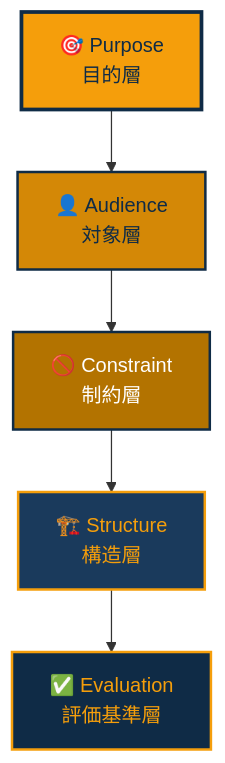
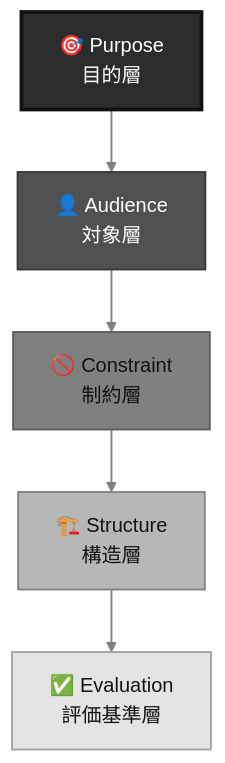
Before and after one commit to Leading-AI-IO/the-10-80-10-principle: the fifth of 11 diagrams in docs/jp/the_10_80_10_principle_JP.md, drawn with Mermaid. The commit also changed other lines of this file, not shown here.

````diff
--- a/docs/jp/the_10_80_10_principle_JP.md
+++ b/docs/jp/the_10_80_10_principle_JP.md
@@ -559,13 +569,15 @@
 ```mermaid
+%%{init: {'theme':'base','themeVariables':{'fontFamily':'Helvetica, Arial, sans-serif','lineColor':'#7f8082','primaryTextColor':'#111213','clusterBkg':'#fafafa','clusterBorder':'#b6b7b8','titleColor':'#363738','edgeLabelBackground':'#ffffff'}}}%%
 graph TB
     P["🎯 Purpose<br/>目的層"] --> Au["👤 Audience<br/>対象層"]
     Au --> Co["🚫 Constraint<br/>制約層"]
     Co --> St["🏗️ Structure<br/>構造層"]
     St --> Ev["✅ Evaluation<br/>評価基準層"]
 
-    style P fill:#f59e0b,stroke:#0f2b46,color:#0f2b46,stroke-width:3px
-    style Au fill:#d48806,stroke:#0f2b46,color:#0f2b46,stroke-width:2px
-    style Co fill:#b37300,stroke:#0f2b46,color:#ffffff,stroke-width:2px
-    style St fill:#1a3a5c,stroke:#f59e0b,color:#f59e0b,stroke-width:2px
-    style Ev fill:#0f2b46,stroke:#f59e0b,color:#f59e0b,stroke-width:2px
+    style P fill:#2b2c2d,stroke:#111213,color:#ffffff,stroke-width:3px
+    style Au fill:#4f5052,stroke:#38393b,color:#ffffff,stroke-width:1.5px
+    style Co fill:#7f8082,stroke:#5b5c5d,color:#111213,stroke-width:1.5px
+    style St fill:#b6b7b8,stroke:#838384,color:#111213,stroke-width:1.5px
+    style Ev fill:#e4e4e5,stroke:#a4a4a4,color:#111213,stroke-width:1.5px
+    linkStyle default stroke:#7f8082,stroke-width:1.5px
 ```
````
